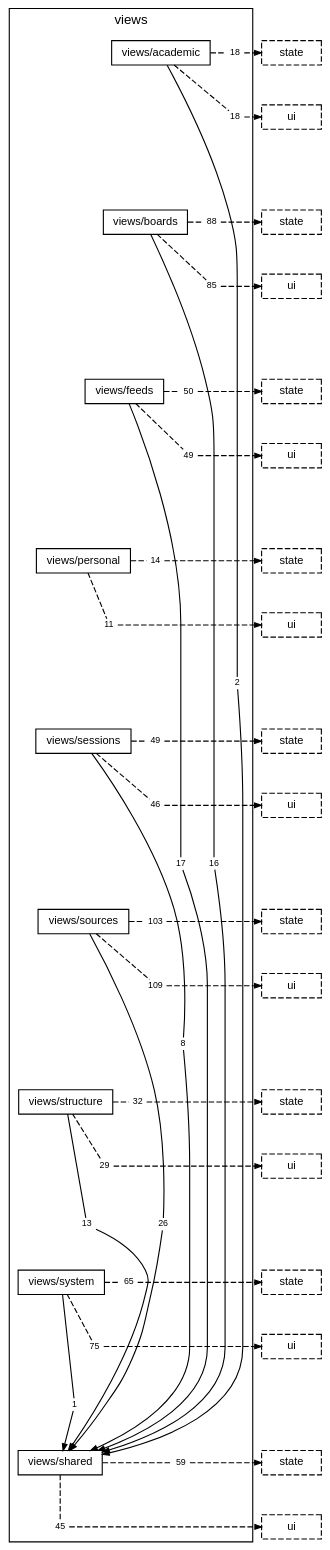
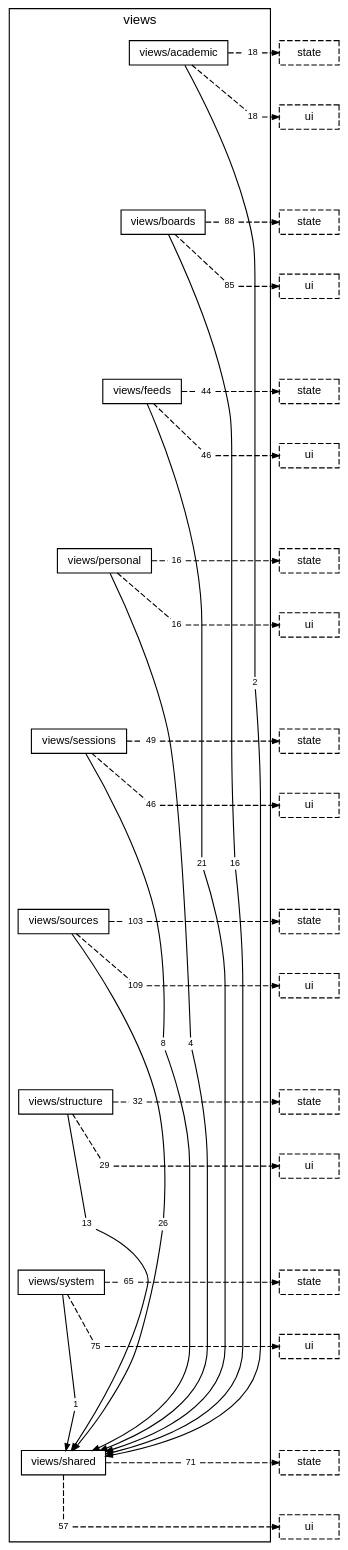
Before and after one commit to TheAxeC/oculus: the diagram in docs/diagrams/layer-views.dot, drawn with Graphviz. The commit also changed 115 other files, not shown here.

```diff
--- a/docs/diagrams/layer-views.dot
+++ b/docs/diagrams/layer-views.dot
@@ -19,11 +19,12 @@
         "folder views/boards to folder views/shared" [label="16", shape=box, color="transparent", fontsize=8, width=0, height=0, margin="0.04,0.02"];
         "folder views/boards to layer state" [label="88", shape=box, color="transparent", fontsize=8, width=0, height=0, margin="0.04,0.02"];
         "folder views/boards to layer ui" [label="85", shape=box, color="transparent", fontsize=8, width=0, height=0, margin="0.04,0.02"];
-        "folder views/feeds to folder views/shared" [label="17", shape=box, color="transparent", fontsize=8, width=0, height=0, margin="0.04,0.02"];
-        "folder views/feeds to layer state" [label="50", shape=box, color="transparent", fontsize=8, width=0, height=0, margin="0.04,0.02"];
-        "folder views/feeds to layer ui" [label="49", shape=box, color="transparent", fontsize=8, width=0, height=0, margin="0.04,0.02"];
-        "folder views/personal to layer state" [label="14", shape=box, color="transparent", fontsize=8, width=0, height=0, margin="0.04,0.02"];
-        "folder views/personal to layer ui" [label="11", shape=box, color="transparent", fontsize=8, width=0, height=0, margin="0.04,0.02"];
+        "folder views/feeds to folder views/shared" [label="21", shape=box, color="transparent", fontsize=8, width=0, height=0, margin="0.04,0.02"];
+        "folder views/feeds to layer state" [label="44", shape=box, color="transparent", fontsize=8, width=0, height=0, margin="0.04,0.02"];
+        "folder views/feeds to layer ui" [label="46", shape=box, color="transparent", fontsize=8, width=0, height=0, margin="0.04,0.02"];
+        "folder views/personal to folder views/shared" [label="4", shape=box, color="transparent", fontsize=8, width=0, height=0, margin="0.04,0.02"];
+        "folder views/personal to layer state" [label="16", shape=box, color="transparent", fontsize=8, width=0, height=0, margin="0.04,0.02"];
+        "folder views/personal to layer ui" [label="16", shape=box, color="transparent", fontsize=8, width=0, height=0, margin="0.04,0.02"];
         "folder views/sessions to folder views/shared" [label="8", shape=box, color="transparent", fontsize=8, width=0, height=0, margin="0.04,0.02"];
         "folder views/sessions to layer state" [label="49", shape=box, color="transparent", fontsize=8, width=0, height=0, margin="0.04,0.02"];
         "folder views/sessions to layer ui" [label="46", shape=box, color="transparent", fontsize=8, width=0, height=0, margin="0.04,0.02"];
@@ -36,8 +37,8 @@
         "folder views/system to folder views/shared" [label="1", shape=box, color="transparent", fontsize=8, width=0, height=0, margin="0.04,0.02"];
         "folder views/system to layer state" [label="65", shape=box, color="transparent", fontsize=8, width=0, height=0, margin="0.04,0.02"];
         "folder views/system to layer ui" [label="75", shape=box, color="transparent", fontsize=8, width=0, height=0, margin="0.04,0.02"];
-        "folder views/shared to layer state" [label="59", shape=box, color="transparent", fontsize=8, width=0, height=0, margin="0.04,0.02"];
-        "folder views/shared to layer ui" [label="45", shape=box, color="transparent", fontsize=8, width=0, height=0, margin="0.04,0.02"];
+        "folder views/shared to layer state" [label="71", shape=box, color="transparent", fontsize=8, width=0, height=0, margin="0.04,0.02"];
+        "folder views/shared to layer ui" [label="57", shape=box, color="transparent", fontsize=8, width=0, height=0, margin="0.04,0.02"];
     }
     "layer state from folder views/academic" [label="state", style=dashed];
     "layer ui from folder views/academic" [label="ui", style=dashed];
@@ -89,6 +90,8 @@
     "folder views/feeds" -> "folder views/feeds to layer ui" [arrowhead=none, style=dashed, minlen=1, weight=10];
     "folder views/feeds to layer ui" -> "layer ui from folder views/feeds" [style=dashed];
     { rank=same; "folder views/feeds to layer ui"; "layer ui from folder views/feeds"; }
+    "folder views/personal" -> "folder views/personal to folder views/shared" [arrowhead=none, minlen=8, weight=10];
+    "folder views/personal to folder views/shared" -> "folder views/shared" [];
     "folder views/personal" -> "folder views/personal to layer state" [arrowhead=none, style=dashed];
     "folder views/personal to layer state" -> "layer state from folder views/personal" [style=dashed];
     { rank=same; "folder views/personal"; "folder views/personal to layer state"; "layer state from folder views/personal"; }
```
